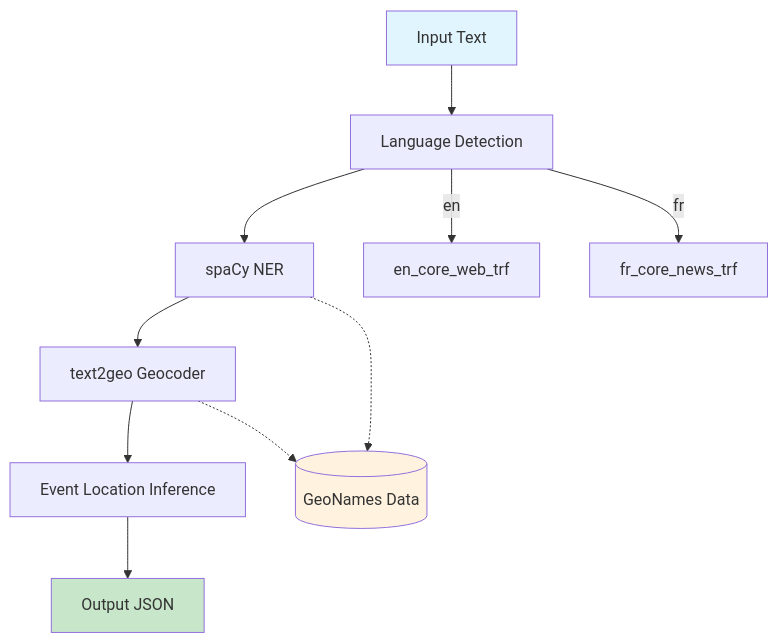
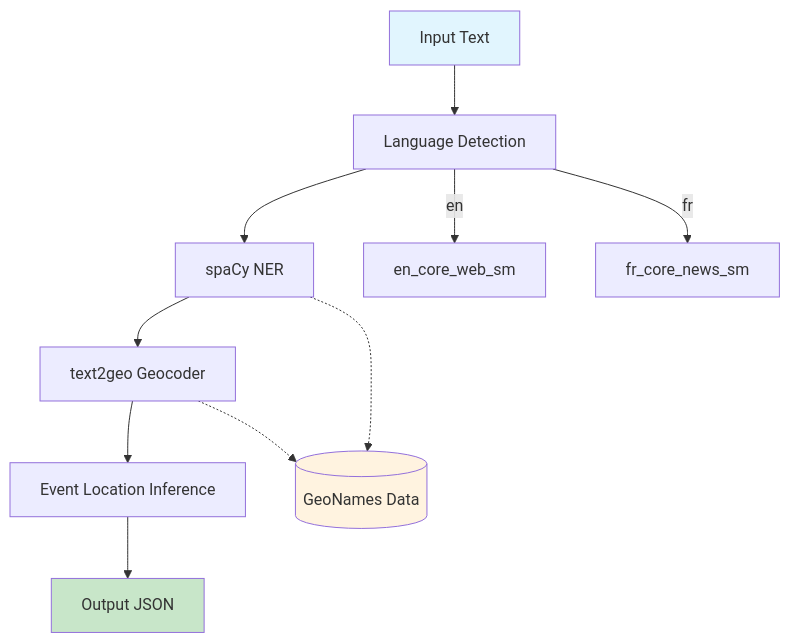
Before and after one commit to ConnectedWanderer/living-map: the first of 2 diagrams in design/architecture/location-extraction.md, drawn with Mermaid. The commit also changed other lines of this file and 6 other files, not shown here.

````diff
--- a/design/architecture/location-extraction.md
+++ b/design/architecture/location-extraction.md
@@ -20,18 +20,18 @@
 ```mermaid
 flowchart TD
     A[Input Text] --> B[Language Detection]
     B --> C[spaCy NER]
     C --> D[text2geo Geocoder]
     D --> E[Event Location Inference]
     E --> F[Output JSON]
 
     C -.-> G[(GeoNames Data)]
     D -.-> G
 
-    B -->|"en"| H["en_core_web_trf"]
-    B -->|"fr"| I["fr_core_news_trf"]
+    B -->|"en"| H["en_core_web_sm"]
+    B -->|"fr"| I["fr_core_news_sm"]
 
     style A fill:#e1f5fe
     style F fill:#c8e6c9
     style G fill:#fff3e0
 ```
````
